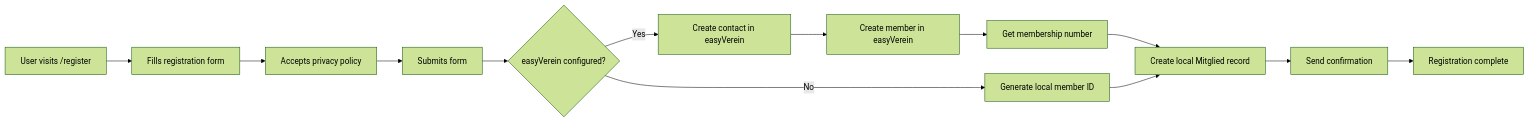
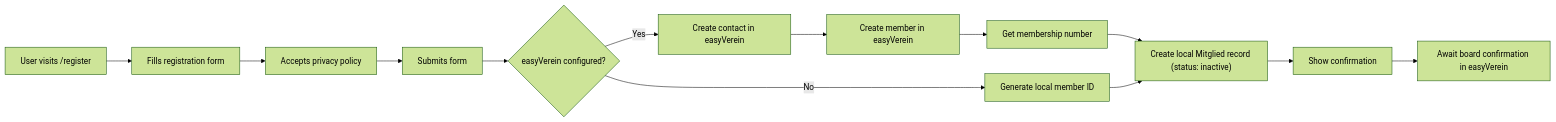
Before and after one commit to AlexErlewein/MakerPi_GroundControl: the diagram in docs/19-member-registration.md, drawn with Mermaid (forest theme). The commit also changed other lines of this file and 10 other files, not shown here.

````diff
--- a/docs/19-member-registration.md
+++ b/docs/19-member-registration.md
@@ -63,15 +63,15 @@
 ```mermaid
 flowchart LR
     A["User visits /register"] --> B["Fills registration form"]
     B --> C["Accepts privacy policy"]
     C --> D["Submits form"]
     D --> E{"easyVerein configured?"}
     E -->|Yes| F["Create contact in easyVerein"]
     F --> G["Create member in easyVerein"]
     G --> H["Get membership number"]
-    H --> I["Create local Mitglied record"]
+    H --> I["Create local Mitglied record (status: inactive)"]
     E -->|No| J["Generate local member ID"]
     J --> I
-    I --> K["Send confirmation"]
-    K --> L["Registration complete"]
+    I --> K["Show confirmation"]
+    K --> L["Await board confirmation in easyVerein"]
 ```
````
